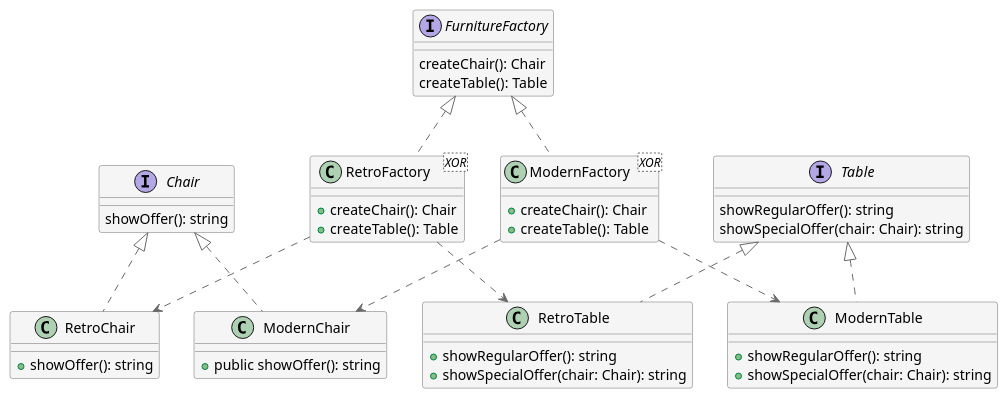
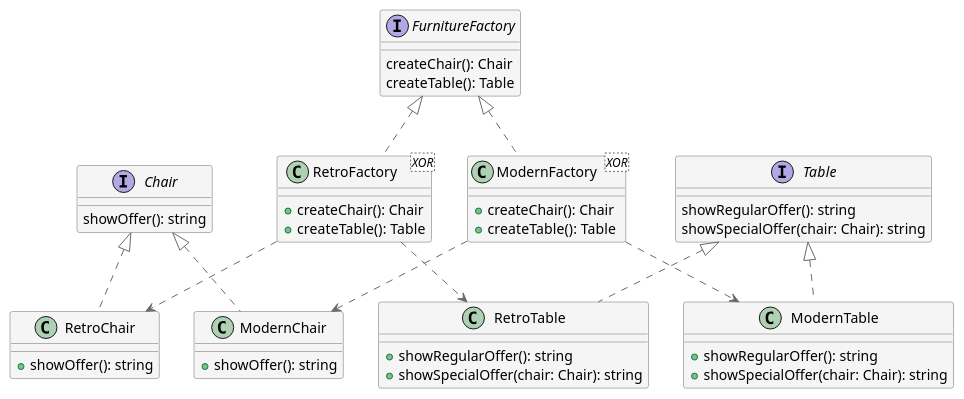
Before and after one commit to plkpiotr/design-patterns: the diagram in src/app/creational/abstract-factory/abstract-factory.puml, drawn with PlantUML.

Commit message:
Remove redundant `public` specifier from abstract factory

```diff
--- a/src/app/creational/abstract-factory/abstract-factory.puml
+++ b/src/app/creational/abstract-factory/abstract-factory.puml
@@ -1,67 +1,67 @@
 @startuml
 
 skinparam class {
   backgroundColor whitesmoke
   arrowColor dimgrey
   borderColor dimgrey
 }
 
 interface FurnitureFactory {
   createChair(): Chair
   createTable(): Table
 }
 
 class RetroFactory <XOR> {
   + createChair(): Chair
   + createTable(): Table
 }
 
 class ModernFactory <XOR> {
   + createChair(): Chair
   + createTable(): Table
 }
 
 interface Chair {
   showOffer(): string
 }
 
 class RetroChair {
   + showOffer(): string
 }
 
 class ModernChair {
-  + public showOffer(): string
+  + showOffer(): string
 }
 
 interface Table {
   showRegularOffer(): string
   showSpecialOffer(chair: Chair): string
 }
 
 class RetroTable {
   + showRegularOffer(): string
   + showSpecialOffer(chair: Chair): string
 }
 
 class ModernTable {
   + showRegularOffer(): string
   + showSpecialOffer(chair: Chair): string
 }
 
 FurnitureFactory <|.. RetroFactory
 FurnitureFactory <|.. ModernFactory
 
 Chair <|.. RetroChair
 Chair <|.. ModernChair
 
 Table <|.. RetroTable
 Table <|.. ModernTable
 
 
 ModernFactory ..> ModernTable
 ModernFactory ..> ModernChair
 
 RetroFactory ..> RetroTable
 RetroFactory ..> RetroChair
 
 @enduml
```
